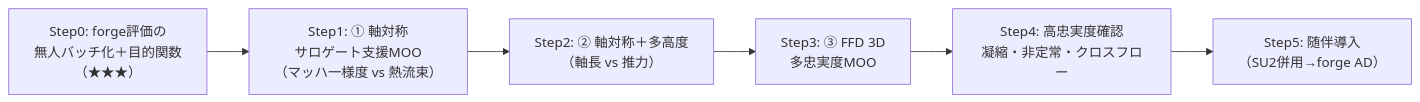
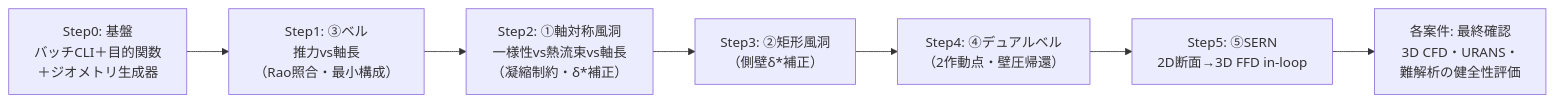
The second of 2 diagrams in .github/plans/nozzle-optimization-tool-survey.md (SanoKum/forge), drawn with Mermaid before and after one commit. The commit also changed other lines of this file, not shown here.

````diff
--- a/.github/plans/nozzle-optimization-tool-survey.md
+++ b/.github/plans/nozzle-optimization-tool-survey.md
@@ -487,9 +451,10 @@
 ```mermaid
 flowchart LR
-    P0["Step0: forge評価の<br/>無人バッチ化＋目的関数<br/>（★★★）"] --> P1
-    P1["Step1: ① 軸対称<br/>サロゲート支援MOO<br/>（マッハ一様度 vs 熱流束）"] --> P2
-    P2["Step2: ② 軸対称＋多高度<br/>（軸長 vs 推力）"] --> P3
-    P3["Step3: ③ FFD 3D<br/>多忠実度MOO"] --> P4
-    P4["Step4: 高忠実度確認<br/>凝縮・非定常・クロスフロー"] --> P5
-    P5["Step5: 随伴導入<br/>（SU2併用→forge AD）"]
+    P0["Step0: 基盤<br/>バッチCLI＋目的関数<br/>＋ジオメトリ生成器"] --> P1
+    P1["Step1: ③ベル<br/>推力vs軸長<br/>（Rao照合・最小構成）"] --> P2
+    P2["Step2: ①軸対称風洞<br/>一様性vs熱流束vs軸長<br/>（凝縮制約・δ*補正）"] --> P3
+    P3["Step3: ②矩形風洞<br/>（側壁δ*補正）"] --> P4
+    P4["Step4: ④デュアルベル<br/>（2作動点・壁圧帰還）"] --> P5
+    P5["Step5: ⑤SERN<br/>2D断面→3D FFD in-loop"] --> P6
+    P6["各案件: 最終確認<br/>3D CFD・URANS・<br/>難解析の健全性評価"]
 ```
````
